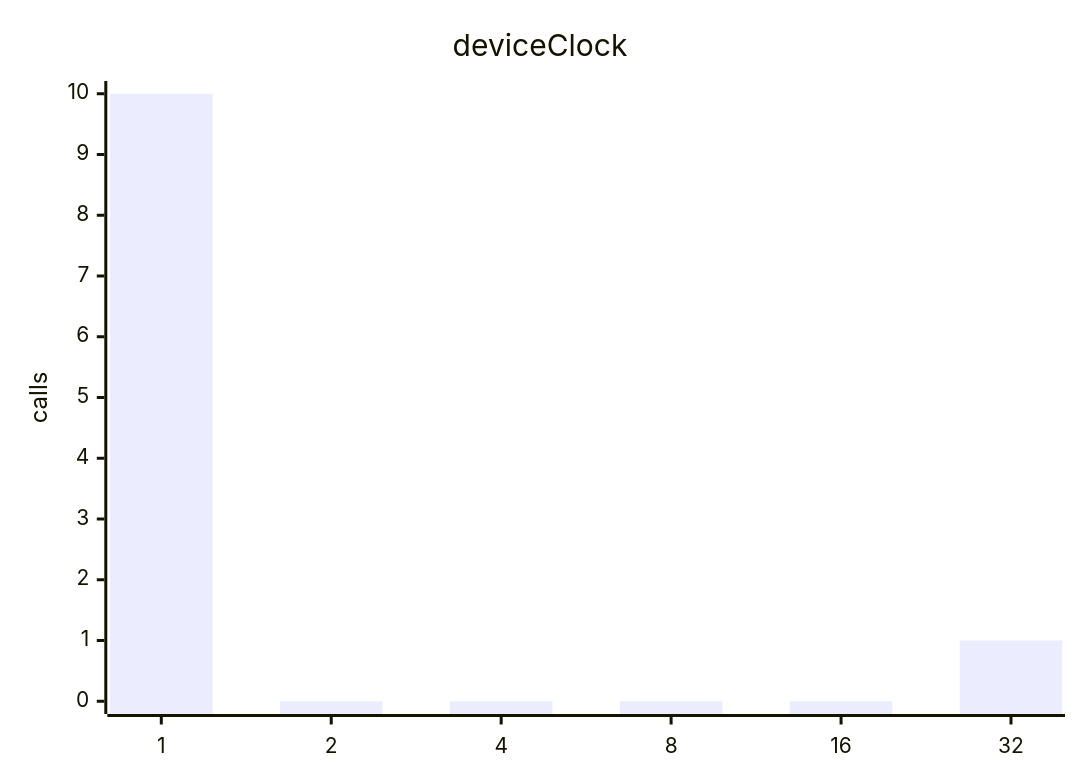
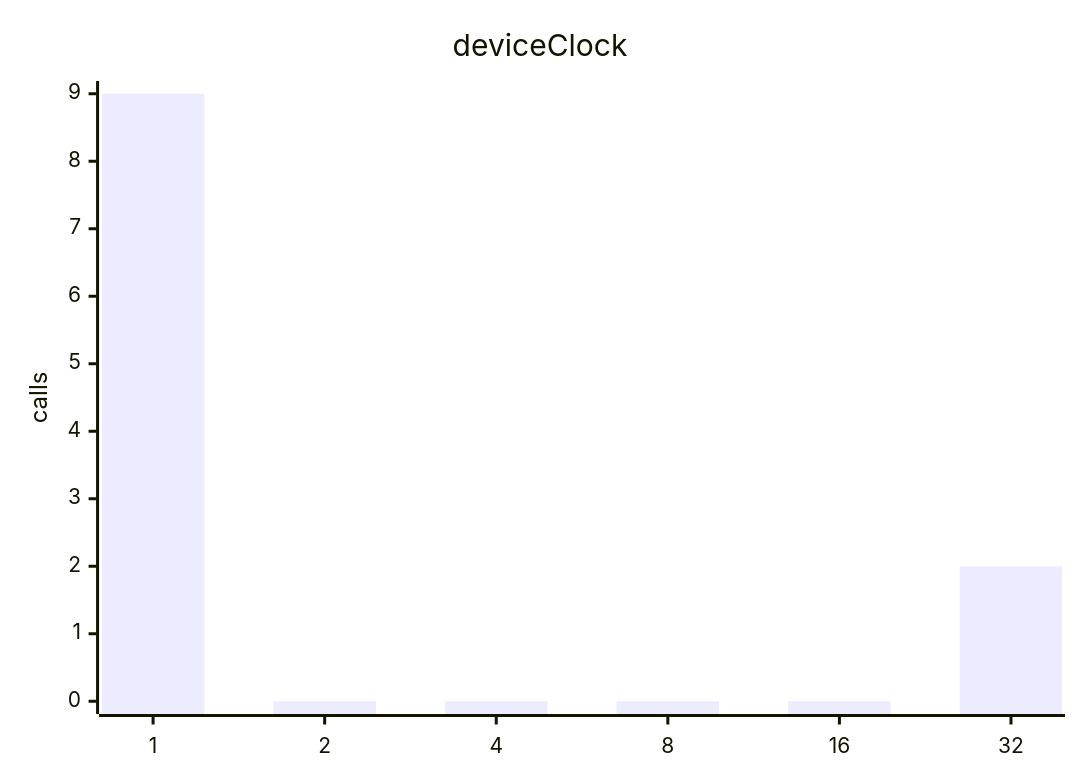
Before and after one commit to jrengmusic/eve: the fourth of 9 diagrams in benchmark/replay-report.md, drawn with Mermaid. The commit also changed other lines of this file and 6 other files, not shown here.

````diff
--- a/benchmark/replay-report.md
+++ b/benchmark/replay-report.md
@@ -1282,7 +1276,7 @@
 ```mermaid
 xychart-beta
 title "deviceClock"
 x-axis ["1", "2", "4", "8", "16", "32"]
 y-axis "calls"
-bar [10.00000000000000000, 0.00000000000000000, 0.00000000000000000, 0.00000000000000000, 0.00000000000000000, 1.00000000000000000]
+bar [9.00000000000000000, 0.00000000000000000, 0.00000000000000000, 0.00000000000000000, 0.00000000000000000, 2.00000000000000000]
 ```
````
